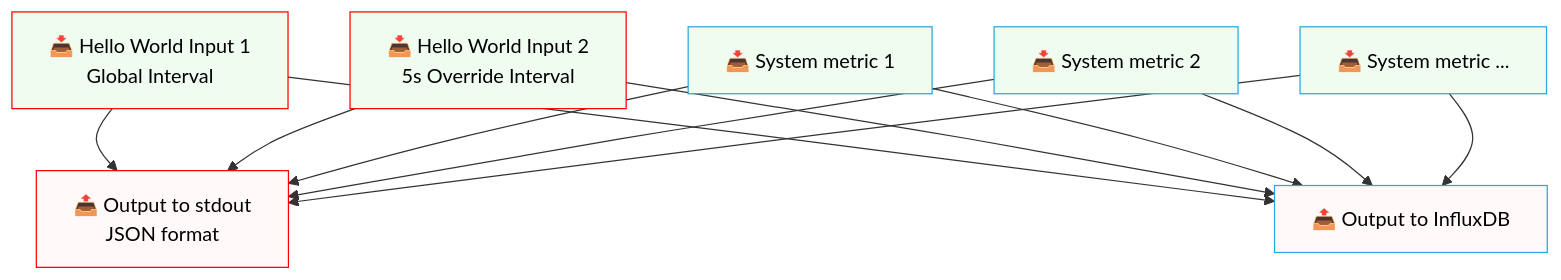
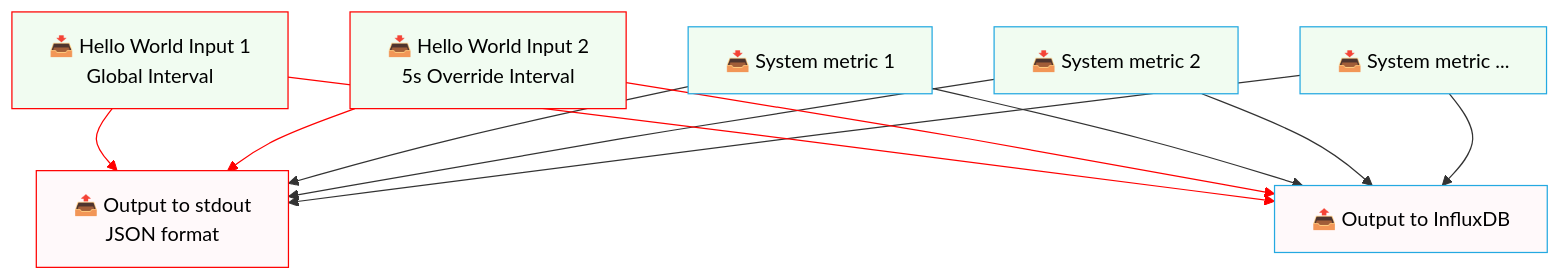
The second of 2 diagrams in fixedit-hello-world-exec/README.md (AntiqArch/readme-sandbox), drawn with Mermaid before and after one commit.

Commit message:
mermaid color change

````diff
--- a/fixedit-hello-world-exec/README.md
+++ b/fixedit-hello-world-exec/README.md
@@ -165,25 +165,27 @@
 ```mermaid
 flowchart TD
     A1["📥 Hello World Input 1<br/>Global Interval"] --> C
     A2["📥 Hello World Input 2<br/>5s Override Interval"] --> C
     C["📤 Output to stdout<br/>JSON format"]
 
     D1["📥 System metric 1"] --> C
     D2["📥 System metric 2"] --> C
     D3["📥 System metric ..."] --> C
 
     C2["📤 Output to InfluxDB"]
     A1 --> C2
     A2 --> C2
     D1 --> C2
     D2 --> C2
     D3 --> C2
 
     style A1 fill:#F1FCF1,stroke:#ff0000,color:#000000
     style A2 fill:#F1FCF1,stroke:#ff0000,color:#000000
     style D1 fill:#F1FCF1,stroke:#24a9e1,color:#000000
     style D2 fill:#F1FCF1,stroke:#24a9e1,color:#000000
     style D3 fill:#F1FCF1,stroke:#24a9e1,color:#000000
     style C fill:#FFF9FA,stroke:#ff0000,color:#000000
     style C2 fill:#FFF9FA,stroke:#24a9e1,color:#000000
+
+   linkStyle 0,1,5,6 stroke:#ff0000
 ```
````
